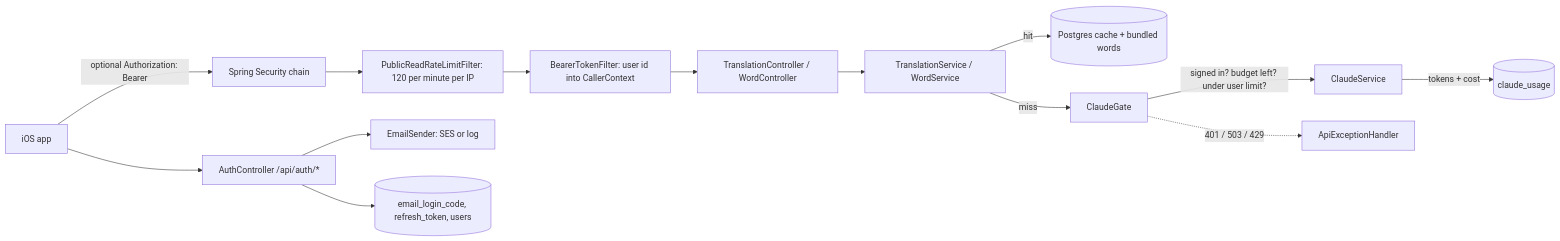
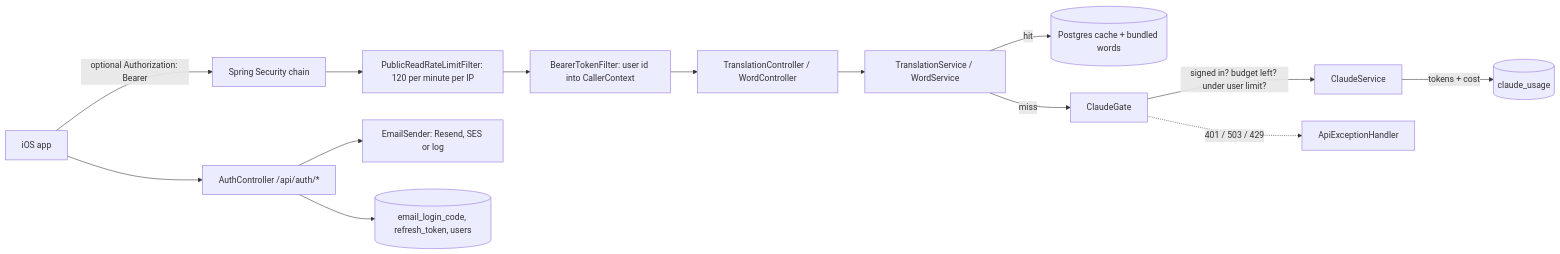
Before and after one commit to tranphuocloc070699/saynata: the first of 3 diagrams in backlog/docs/features/doc-17 - Accounts-and-limits.md, drawn with Mermaid. The commit also changed other lines of this file and 14 other files, not shown here.

Commit message:
TASK-71: send sign-in emails with Resend (SES stays optional)

````diff
--- a/backlog/docs/features/doc-17 - Accounts-and-limits.md
+++ b/backlog/docs/features/doc-17 - Accounts-and-limits.md
@@ -31,16 +31,16 @@
 ```mermaid
 flowchart LR
     APP[iOS app] -->|"optional Authorization: Bearer"| SEC[Spring Security chain]
     SEC --> RL[PublicReadRateLimitFilter: 120 per minute per IP]
     RL --> BF[BearerTokenFilter: user id into CallerContext]
     BF --> TC[TranslationController / WordController]
     TC --> SVC[TranslationService / WordService]
     SVC -->|hit| CACHE[(Postgres cache + bundled words)]
     SVC -->|miss| GATE[ClaudeGate]
     GATE -->|"signed in? budget left? under user limit?"| CL[ClaudeService]
     CL -->|"tokens + cost"| USE[(claude_usage)]
     GATE -.->|"401 / 503 / 429"| ERR[ApiExceptionHandler]
     APP --> AUTH[AuthController /api/auth/*]
-    AUTH --> ES[EmailSender: SES or log]
+    AUTH --> ES[EmailSender: Resend, SES or log]
     AUTH --> DB[(email_login_code, refresh_token, users)]
 ```
````
